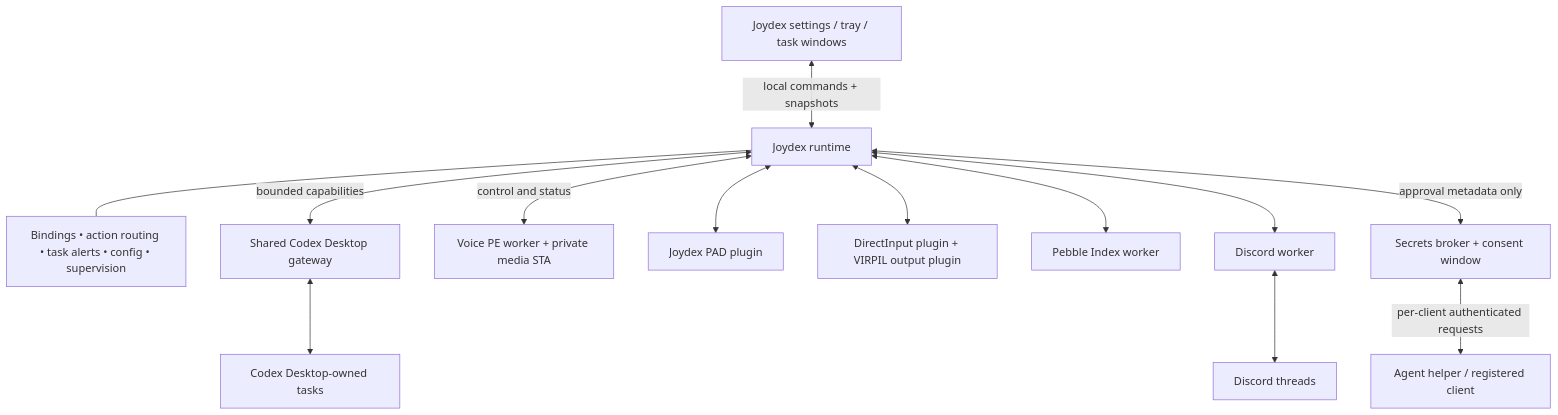
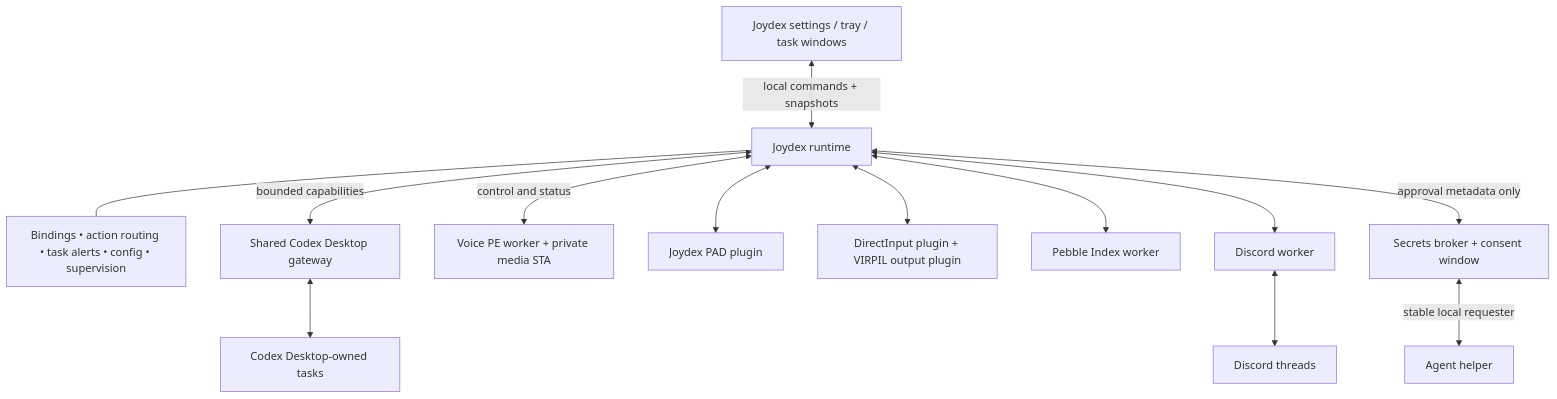
One commit to Mattie/joydex changed the diagram in docs/design/joydex-plugins/README.md. Above: the diagram before and after it, drawn with Mermaid. The commit also changed other lines of this file and 65 other files, not shown here.

Commit message:
Add the local Secrets broker and execution helper

```diff
--- a/docs/design/joydex-plugins/README.md
+++ b/docs/design/joydex-plugins/README.md
@@ -29,15 +29,15 @@
 ~~~mermaid
 flowchart TB
     UI["Joydex settings / tray / task windows"] <-->|"local commands + snapshots"| E["Joydex runtime"]
     E --- C["Bindings • action routing • task alerts • config • supervision"]
     E <-->|"bounded capabilities"| D["Shared Codex Desktop gateway"]
     E <-->|"control and status"| V["Voice PE worker + private media STA"]
     E <--> P["Joydex PAD plugin"]
     E <--> H["DirectInput plugin + VIRPIL output plugin"]
     E <--> I["Pebble Index worker"]
     E <--> B["Discord worker"]
     E <-->|"approval metadata only"| S["Secrets broker + consent window"]
     B <--> DC["Discord threads"]
-    S <-->|"per-client authenticated requests"| A["Agent helper / registered client"]
+    S <-->|"stable local requester"| A["Agent helper"]
     D <--> CD["Codex Desktop-owned tasks"]
 ~~~
```
